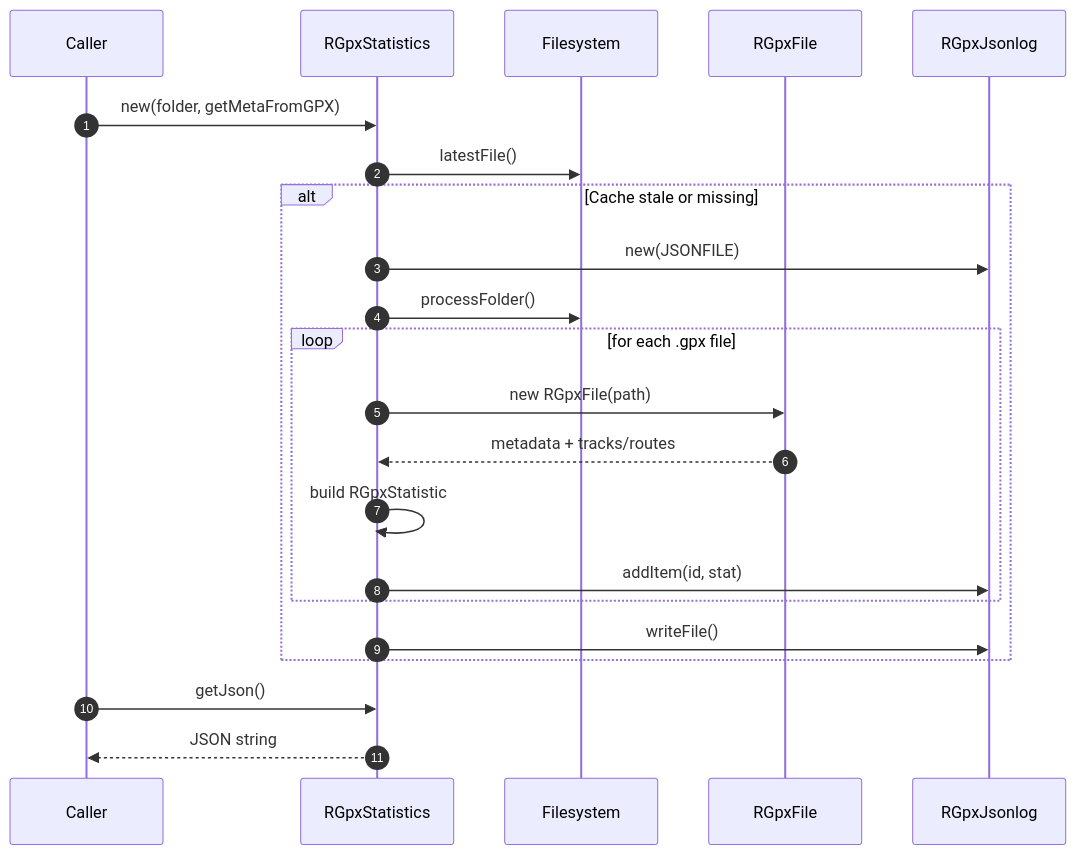
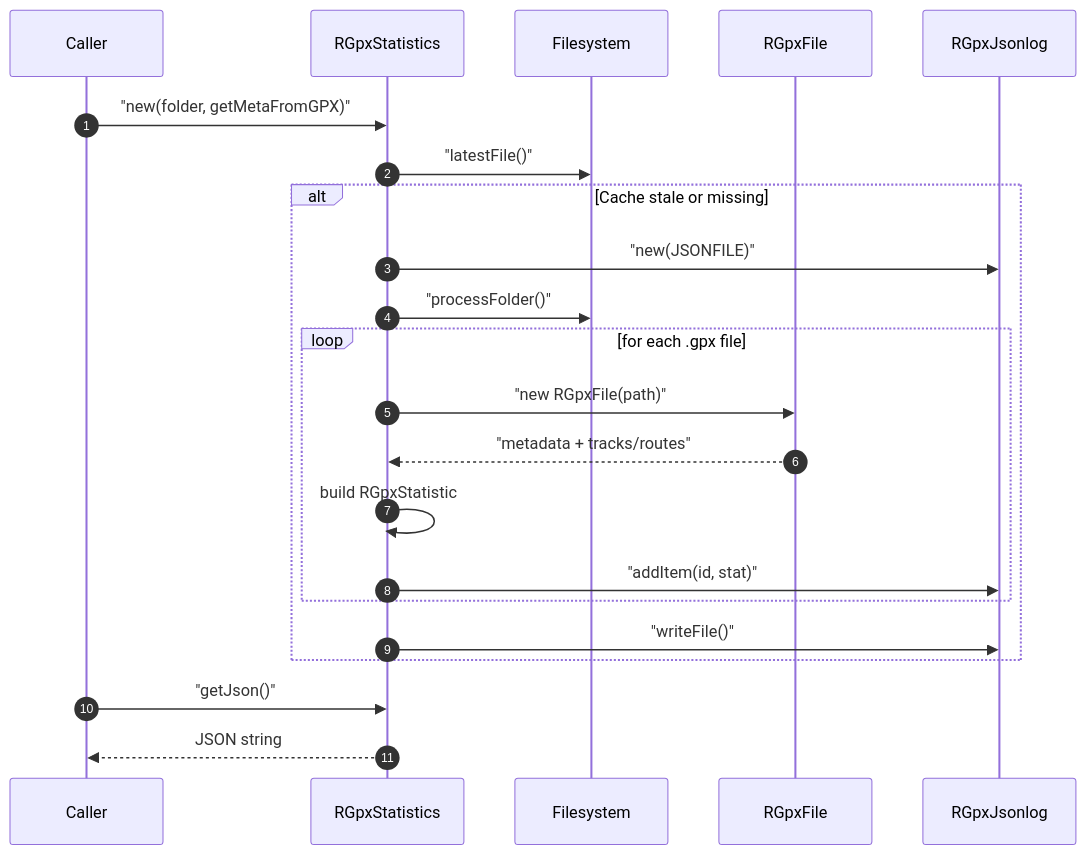
One commit to pauljrhodes/ramblers-library changed the second of 2 diagrams in gpx/HLD.md. Above: the diagram before and after it, drawn with Mermaid. The commit also changed other lines of this file and 33 other files, not shown here.

Commit message:
Normalize Mermaid diagrams for GitHub rendering

````diff
--- a/gpx/HLD.md
+++ b/gpx/HLD.md
@@ -73,25 +73,25 @@
 ```mermaid
 sequenceDiagram
     autonumber
     participant Caller
     participant Stats as RGpxStatistics
     participant FS as Filesystem
     participant Parser as RGpxFile
     participant Json as RGpxJsonlog
 
-    Caller->>Stats: new(folder, getMetaFromGPX)
-    Stats->>FS: latestFile()
+    Caller->>Stats: "new(folder, getMetaFromGPX)"
+    Stats->>FS: "latestFile()"
     alt Cache stale or missing
-        Stats->>Json: new(JSONFILE)
-        Stats->>FS: processFolder()
+        Stats->>Json: "new(JSONFILE)"
+        Stats->>FS: "processFolder()"
         loop for each .gpx file
-            Stats->>Parser: new RGpxFile(path)
-            Parser-->>Stats: metadata + tracks/routes
+            Stats->>Parser: "new RGpxFile(path)"
+            Parser-->>Stats: "metadata + tracks/routes"
             Stats->>Stats: build RGpxStatistic
-            Stats->>Json: addItem(id, stat)
+            Stats->>Json: "addItem(id, stat)"
         end
-        Stats->>Json: writeFile()
+        Stats->>Json: "writeFile()"
     end
-    Caller->>Stats: getJson()
+    Caller->>Stats: "getJson()"
     Stats-->>Caller: JSON string
 ```
````
